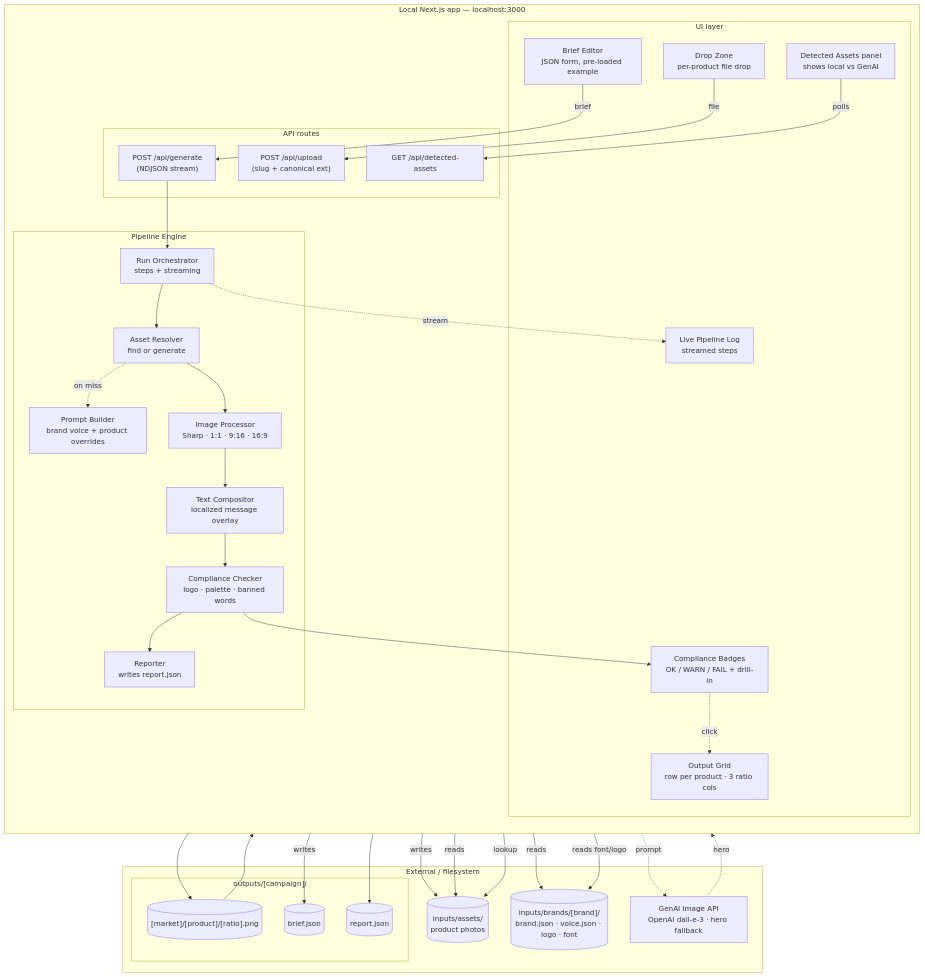
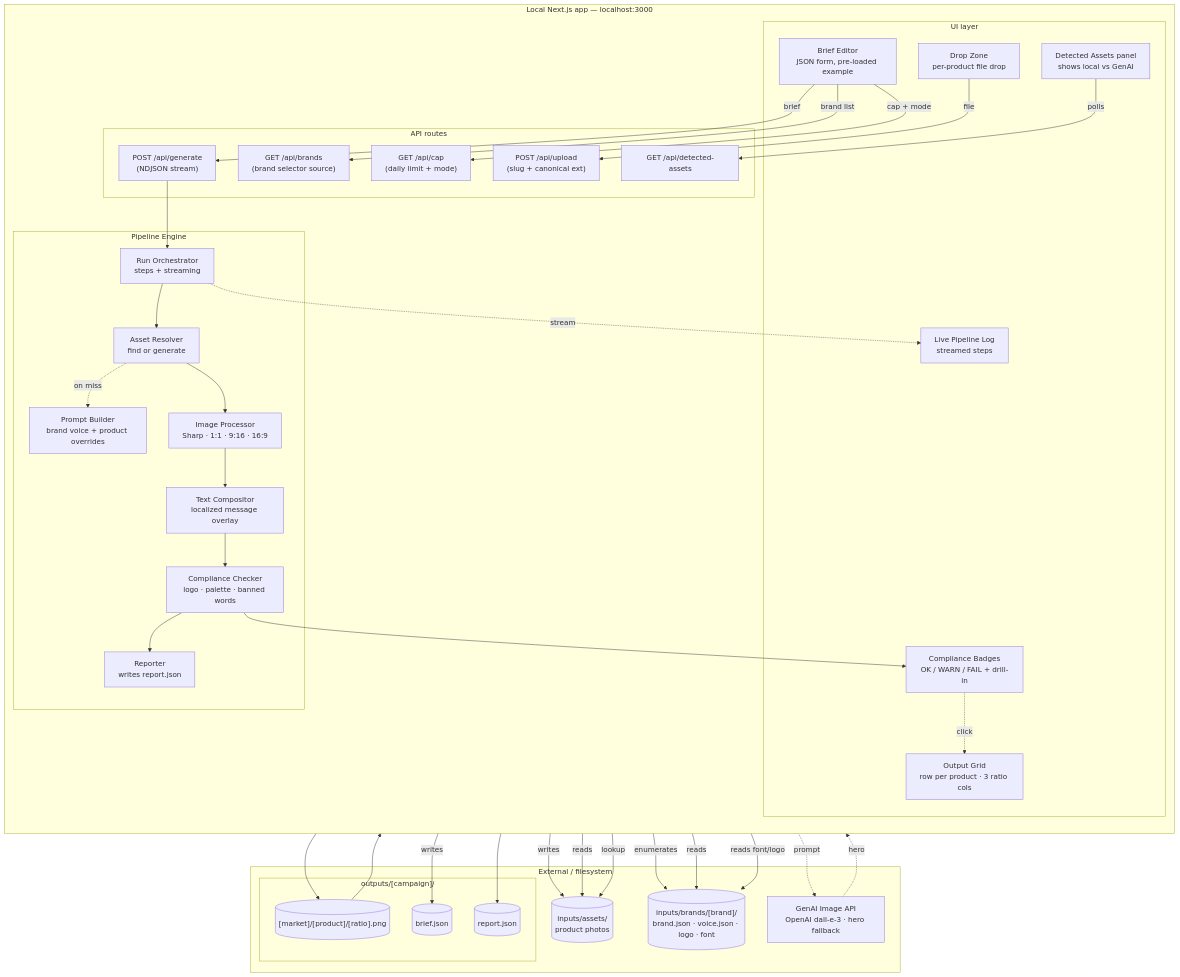
The third of 5 diagrams in docs/system-map.md (arndvs/cast), drawn with Mermaid before and after one commit. The commit also changed other lines of this file and 2 other files, not shown here.

Commit message:
docs: align decision register and API map across doc set
- flow-diagrams Appendix A: replace 12 reserved rows with canonical
  decisions lifted from design-lockdown.md (D1-D8, D16, D23-D25).
  Appendix A is now the single canonical register.
- design-lockdown.md: add historical banner pointing to Appendix A as
  source of truth; fix D9 stale --cheap flag (env var only); fix D11
  stale sparkling-co demo brand (brisa + volt under Onda Beverages).
- system-map.md: add /api/brands and /api/cap to API routes block,
  wire to Brief Editor + BrandProfile, add coverage rows.

````diff
--- a/docs/system-map.md
+++ b/docs/system-map.md
@@ -84,67 +84,72 @@
 ```mermaid
 graph TB
     subgraph External["External / filesystem"]
         Inputs[("inputs/assets/<br/>product photos")]
         BrandProfile[("inputs/brands/[brand]/<br/>brand.json · voice.json · logo · font")]
         subgraph CampaignOut["outputs/[campaign]/"]
             Outputs[("[market]/[product]/[ratio].png")]
             BriefFile[("brief.json")]
             ReportFile[("report.json")]
         end
         GenAI["GenAI Image API<br/>OpenAI dall-e-3 · hero fallback"]
     end
 
     subgraph App["Local Next.js app — localhost:3000"]
         direction TB
 
         subgraph UI["UI layer"]
             Editor["Brief Editor<br/>JSON form, pre-loaded example"]
             DropZone["Drop Zone<br/>per-product file drop"]
             DetectedPanel["Detected Assets panel<br/>shows local vs GenAI"]
             LogView["Live Pipeline Log<br/>streamed steps"]
             Grid["Output Grid<br/>row per product · 3 ratio cols"]
             BadgeUI["Compliance Badges<br/>OK / WARN / FAIL + drill-in"]
         end
 
         subgraph API["API routes"]
             UploadAPI["POST /api/upload<br/>(slug + canonical ext)"]
             DetectedAPI["GET /api/detected-assets"]
             GenerateAPI["POST /api/generate<br/>(NDJSON stream)"]
+            BrandsAPI["GET /api/brands<br/>(brand selector source)"]
+            CapAPI["GET /api/cap<br/>(daily limit + mode)"]
         end
 
         subgraph Engine["Pipeline Engine"]
             Orchestrator["Run Orchestrator<br/>steps + streaming"]
             Resolver["Asset Resolver<br/>find or generate"]
             PromptBuilder["Prompt Builder<br/>brand voice + product overrides"]
             Resizer["Image Processor<br/>Sharp · 1:1 · 9:16 · 16:9"]
             Compositor["Text Compositor<br/>localized message overlay"]
             Checker["Compliance Checker<br/>logo · palette · banned words"]
             Reporter["Reporter<br/>writes report.json"]
         end
     end
 
     Editor -->|brief| GenerateAPI
+    Editor -->|brand list| BrandsAPI
+    Editor -->|cap + mode| CapAPI
+    BrandsAPI -->|enumerates| BrandProfile
     DropZone -->|file| UploadAPI
     UploadAPI -->|writes| Inputs
     DetectedPanel -->|polls| DetectedAPI
     DetectedAPI -->|reads| Inputs
     GenerateAPI --> Orchestrator
     Orchestrator --> Resolver
     Resolver -->|lookup| Inputs
     Resolver -.->|on miss| PromptBuilder
     PromptBuilder -->|reads| BrandProfile
     PromptBuilder -.->|prompt| GenAI
     GenAI -.->|hero| Resolver
     Resolver --> Resizer
     Resizer --> Compositor
     Compositor -->|reads font/logo| BrandProfile
     Compositor --> Checker
     Compositor --> Outputs
     Orchestrator -->|writes| BriefFile
     Checker --> Reporter
     Reporter --> ReportFile
     Orchestrator -.->|stream| LogView
     Outputs --> Grid
     Checker --> BadgeUI
     BadgeUI -.->|click| Grid
 ```
````
